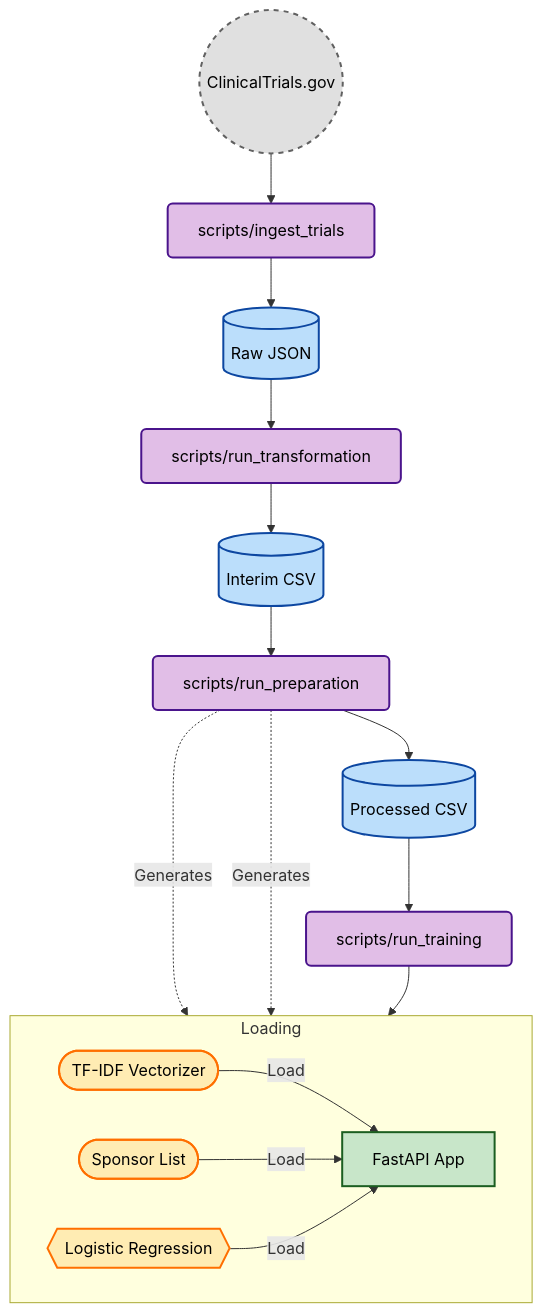
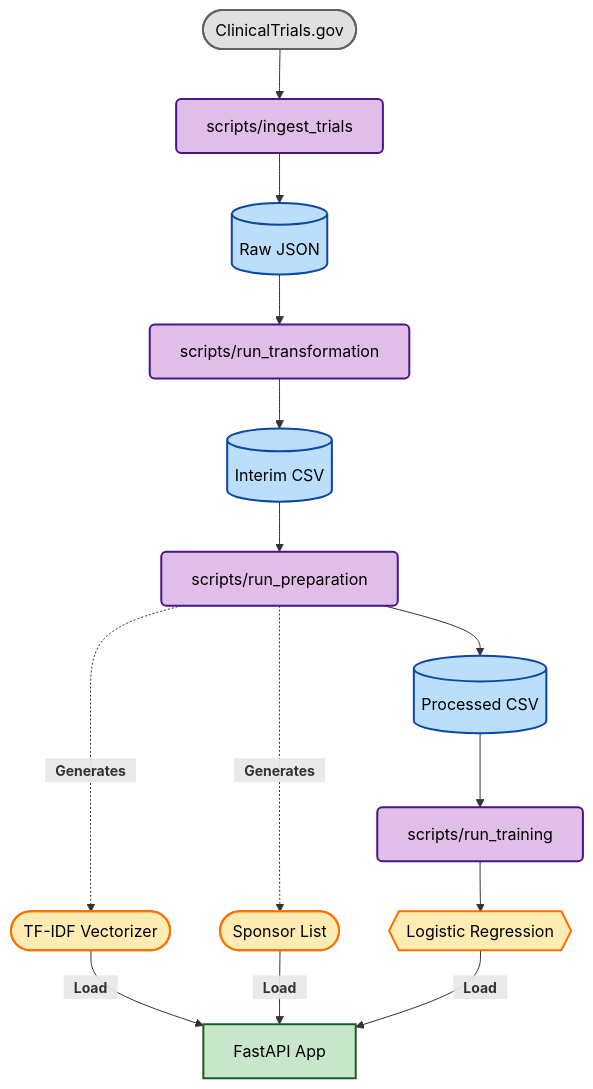
The diagram in README.md (drew-1618/clinical-trial-outcome-predictor), drawn with Mermaid before and after one commit. The commit also changed other lines of this file, not shown here.

````diff
--- a/README.md
+++ b/README.md
@@ -7,63 +16,59 @@
 ```mermaid
 flowchart TD
     %% --- Styles ---
     %% High Contrast Mode (Black Text)
     classDef storage fill:#bbdefb,stroke:#0d47a1,stroke-width:2px,color:#000;
     classDef process fill:#e1bee7,stroke:#4a148c,stroke-width:2px,rx:5,ry:5,color:#000;
     classDef artifact fill:#ffecb3,stroke:#ff6f00,stroke-width:2px,rx:5,ry:5,color:#000;
     classDef app fill:#c8e6c9,stroke:#1b5e20,stroke-width:2px,color:#000;
-    classDef source fill:#e0e0e0,stroke:#616161,stroke-width:2px,stroke-dasharray: 5 5,color:#000;
+    classDef source fill:#e0e0e0,stroke:#616161,stroke-width:2px,color:#000;
 
     %% --- Nodes ---
     
     %% External Source
-    Internet((ClinicalTrials.gov)):::source
+    Internet([ClinicalTrials.gov]):::source
 
     %% Data Stores (Blue)
     Raw[(Raw JSON)]:::storage
     Interim[(Interim CSV)]:::storage
     Processed[(Processed CSV)]:::storage
     
-    %% Scripts/Processes (Purple) - UPDATED NAMES
+    %% Scripts/Processes (Purple)
     Ingest[scripts/ingest_trials]:::process
     Transform[scripts/run_transformation]:::process
     Prepare[scripts/run_preparation]:::process
     Train[scripts/run_training]:::process
     
     %% Artifacts (Orange/Gold)
     Vector([TF-IDF Vectorizer]):::artifact
     Sponsors([Sponsor List]):::artifact
     Model{{Logistic Regression}}:::artifact
     
     %% App (Green)
     API[FastAPI App]:::app
     
     %% --- Flow ---
     
     %% Phase 1: Ingestion & Transformation
     Internet --> Ingest
     Ingest --> Raw
     Raw --> Transform
     Transform --> Interim
     
     %% Phase 2: Preparation & Feature Engineering
     Interim --> Prepare
     Prepare --> Processed
     
     %% Artifact Generation (Side Effects)
-    Prepare -.->|Generates| Vector
-    Prepare -.->|Generates| Sponsors
+    Prepare -.->|<strong style='color:#d50000;padding:10px;font-size:14px;'>Generates</strong>| Vector
+    Prepare -.->|<strong style='color:#d50000;padding:10px;font-size:14px;'>Generates</strong>| Sponsors
     
     %% Phase 3: Training
     Processed --> Train
     Train --> Model
     
     %% Phase 4: Serving
-    %% Using subgraph to group these inputs visually helps in vertical mode
-    subgraph Load_Artifacts [Loading]
-        direction LR
-        Vector -->|Load| API
-        Sponsors -->|Load| API
-        Model -->|Load| API
-    end
+    Vector -->|<strong style='color:#d50000;padding:10px;font-size:14px;'>Load</strong>| API
+    Sponsors -->|<strong style='color:#d50000;padding:10px;font-size:14px;'>Load</strong>| API
+    Model -->|<strong style='color:#d50000;padding:10px;font-size:14px;'>Load</strong>| API
 ```
````
